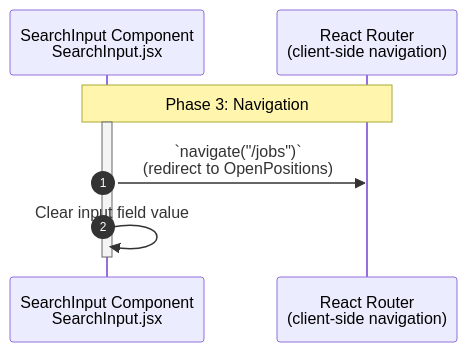
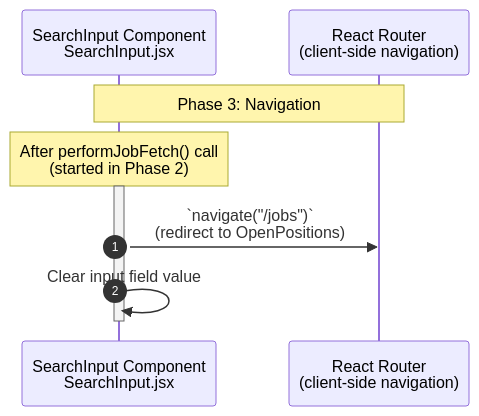
Before and after one commit to YahyaAl-Ademi/2025.10.23-JobCompass: the diagram in documentation/jobFetch/3.Navigation.md, drawn with Mermaid. The commit also changed other lines of this file and 3 other files, not shown here.

Commit message:
Update documentation for job fetching process: clarify performJobFetch initiation and enhance search processing details

````diff
--- a/documentation/jobFetch/3.Navigation.md
+++ b/documentation/jobFetch/3.Navigation.md
@@ -5,13 +7,14 @@
 ```mermaid
 sequenceDiagram
     autonumber
     %% File path: SearchInput: client/src/components/SearchInput/SearchInput.jsx
     participant SearchInput as SearchInput Component<br/>SearchInput.jsx
     participant Router as React Router<br/>(client-side navigation)
 
     Note over SearchInput,Router: Phase 3: Navigation
+    Note over SearchInput: After performJobFetch() call<br/>(started in Phase 2)
     activate SearchInput
     SearchInput->>Router: `navigate("/jobs")`<br/>(redirect to OpenPositions)
     SearchInput->>SearchInput: Clear input field value
     deactivate SearchInput
 ```
````
